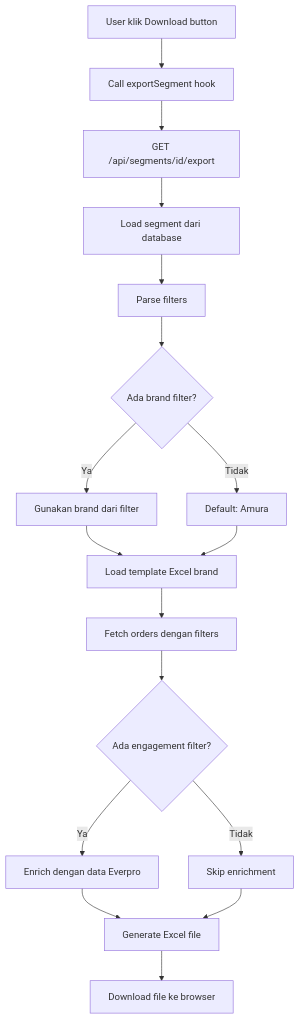
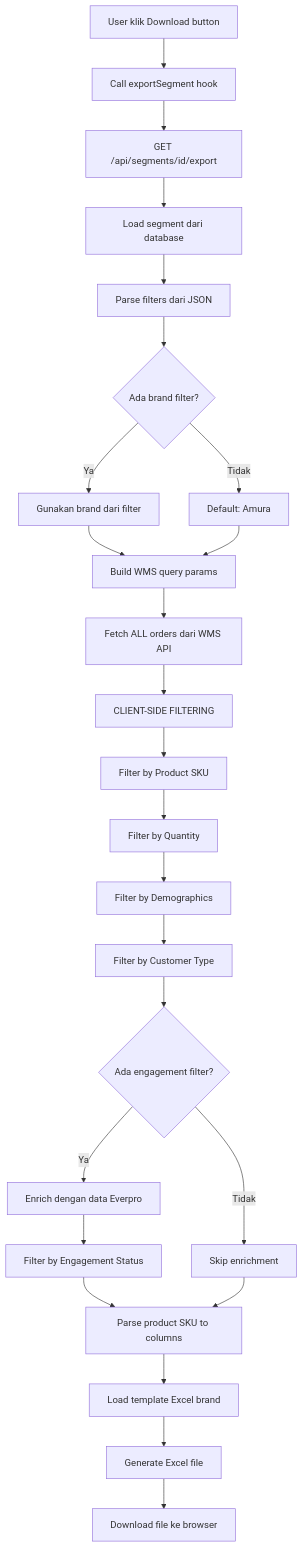
Before and after one commit to mahrus-rohisyam/crm-sinergi: the diagram in docs/segment-export.md, drawn with Mermaid. The commit also changed other lines of this file and 1 other file, not shown here.

````diff
--- a/docs/segment-export.md
+++ b/docs/segment-export.md
@@ -82,19 +116,27 @@
 ```mermaid
 graph TD
     A[User klik Download button] --> B[Call exportSegment hook]
     B --> C[GET /api/segments/id/export]
     C --> D[Load segment dari database]
-    D --> E[Parse filters]
+    D --> E[Parse filters dari JSON]
     E --> F{Ada brand filter?}
     F -->|Ya| G[Gunakan brand dari filter]
     F -->|Tidak| H[Default: Amura]
-    G --> I[Load template Excel brand]
+    G --> I[Build WMS query params]
     H --> I
-    I --> J[Fetch orders dengan filters]
-    J --> K{Ada engagement filter?}
-    K -->|Ya| L[Enrich dengan data Everpro]
-    K -->|Tidak| M[Skip enrichment]
-    L --> N[Generate Excel file]
-    M --> N
-    N --> O[Download file ke browser]
+    I --> J[Fetch ALL orders dari WMS API]
+    J --> K[CLIENT-SIDE FILTERING]
+    K --> L[Filter by Product SKU]
+    L --> M[Filter by Quantity]
+    M --> N[Filter by Demographics]
+    N --> O[Filter by Customer Type]
+    O --> P{Ada engagement filter?}
+    P -->|Ya| Q[Enrich dengan data Everpro]
+    P -->|Tidak| R[Skip enrichment]
+    Q --> S[Filter by Engagement Status]
+    S --> T[Parse product SKU to columns]
+    R --> T
+    T --> U[Load template Excel brand]
+    U --> V[Generate Excel file]
+    V --> W[Download file ke browser]
 ```
````
